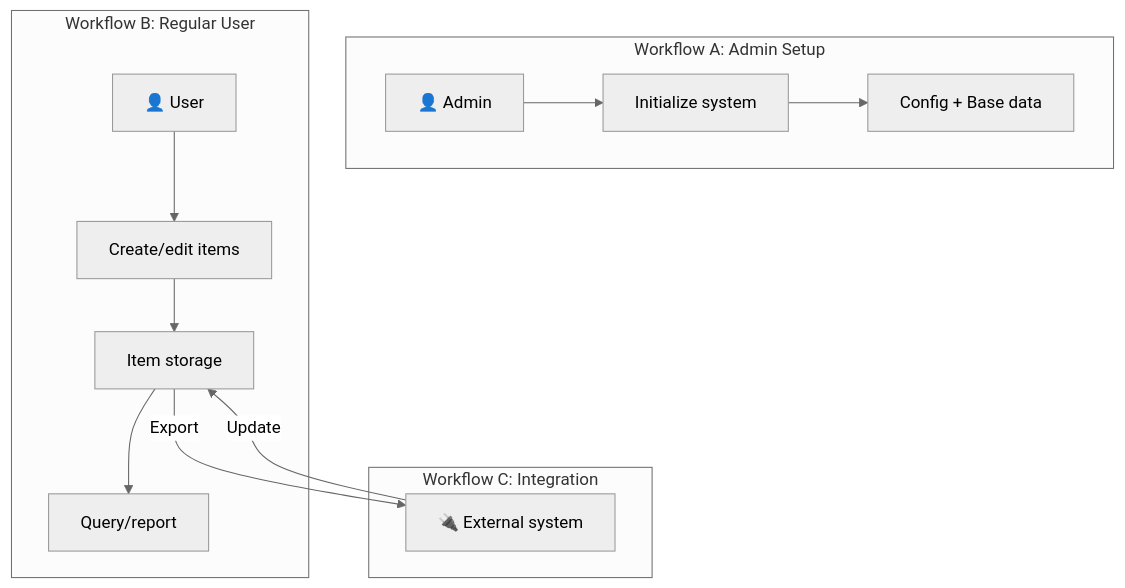
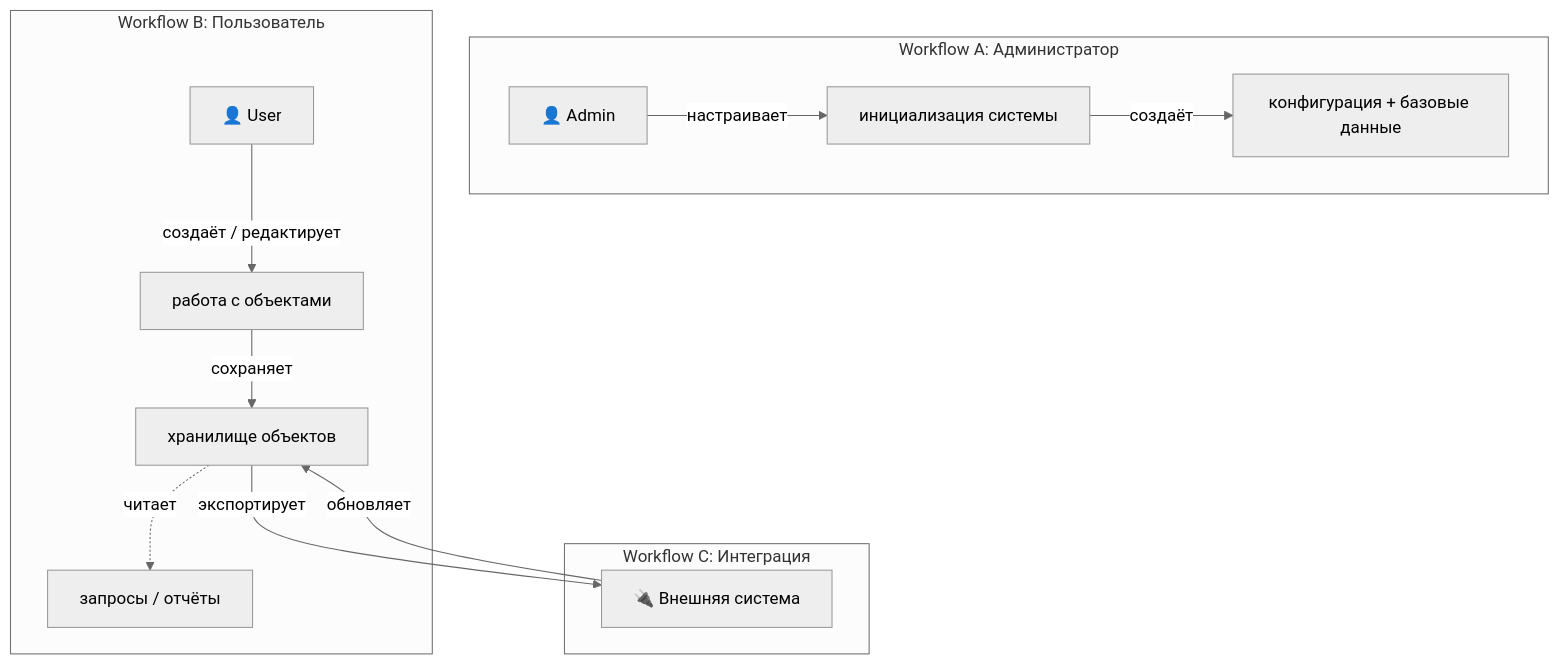
The third of 4 diagrams in templates/USER-MAP.template.md (cait-solutions/it-dev-methodology), drawn with Mermaid (neutral theme) before and after one commit. The commit also changed other lines of this file and 3 other files, not shown here.

First line of the commit message:
feat(template): USER-MAP template — Part 1 Dev Setup skeleton, Legend, Node Vocabulary [methodology][feat:template] v3.8.0

````diff
--- a/templates/USER-MAP.template.md
+++ b/templates/USER-MAP.template.md
@@ -106,21 +186,21 @@
 ```mermaid
 graph TD
-    subgraph "Workflow A: Admin Setup"
+    subgraph WorkflowA["Workflow A: Администратор"]
         Admin["👤 Admin"]
-        Admin --> Cap1A["Initialize system"]
-        Cap1A --> Data1["Config + Base data"]
+        Admin -->|"настраивает"| Cap1A["инициализация системы"]
+        Cap1A -->|"создаёт"| Data1["конфигурация + базовые данные"]
     end
-    
-    subgraph "Workflow B: Regular User"
-        User["👤 User"]
-        User --> Cap2B["Create/edit items"]
-        Cap2B --> Data2["Item storage"]
-        Data2 --> Cap3B["Query/report"]
+
+    subgraph WorkflowB["Workflow B: Пользователь"]
+        UserB["👤 User"]
+        UserB -->|"создаёт / редактирует"| Cap2B["работа с объектами"]
+        Cap2B -->|"сохраняет"| Data2["хранилище объектов"]
+        Data2 -.->|"читает"| Cap3B["запросы / отчёты"]
     end
-    
-    subgraph "Workflow C: Integration"
-        External["🔌 External system"]
-        Data2 -->|Export| External
-        External -->|Update| Data2
+
+    subgraph WorkflowC["Workflow C: Интеграция"]
+        External["🔌 Внешняя система"]
+        Data2 -->|"экспортирует"| External
+        External -->|"обновляет"| Data2
     end
 ```
````
